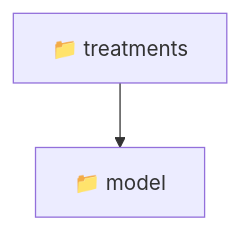
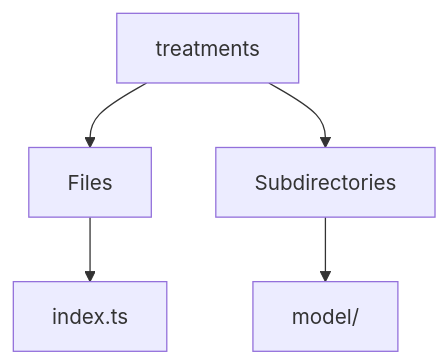
The diagram in frontend/src/features/treatments/README.md (beginwebdev2002/fullstack-mavluda), drawn with Mermaid before and after one commit. The commit also changed other lines of this file and 167 other files, not shown here.

````diff
--- a/frontend/src/features/treatments/README.md
+++ b/frontend/src/features/treatments/README.md
@@ -11,5 +14,7 @@
 ```mermaid
 graph TD
-  treatments["📁 treatments"]
-  treatments --> model["📁 model"]
+  treatments --> Files
+  Files --> index_ts[index.ts]
+  treatments --> Subdirectories
+  Subdirectories --> model[model/]
 ```
````
